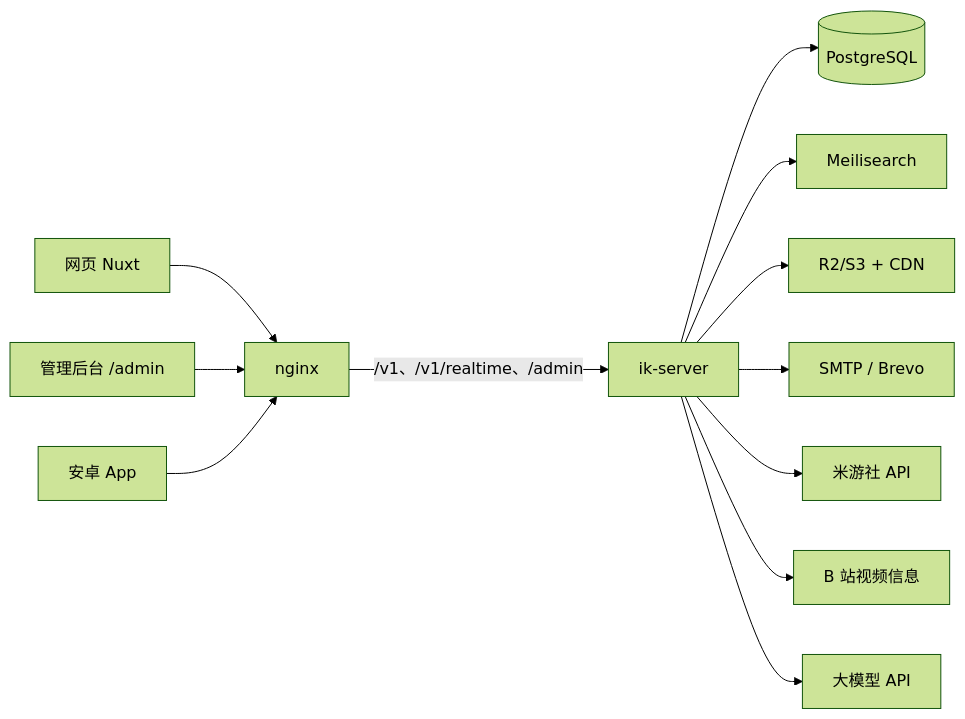
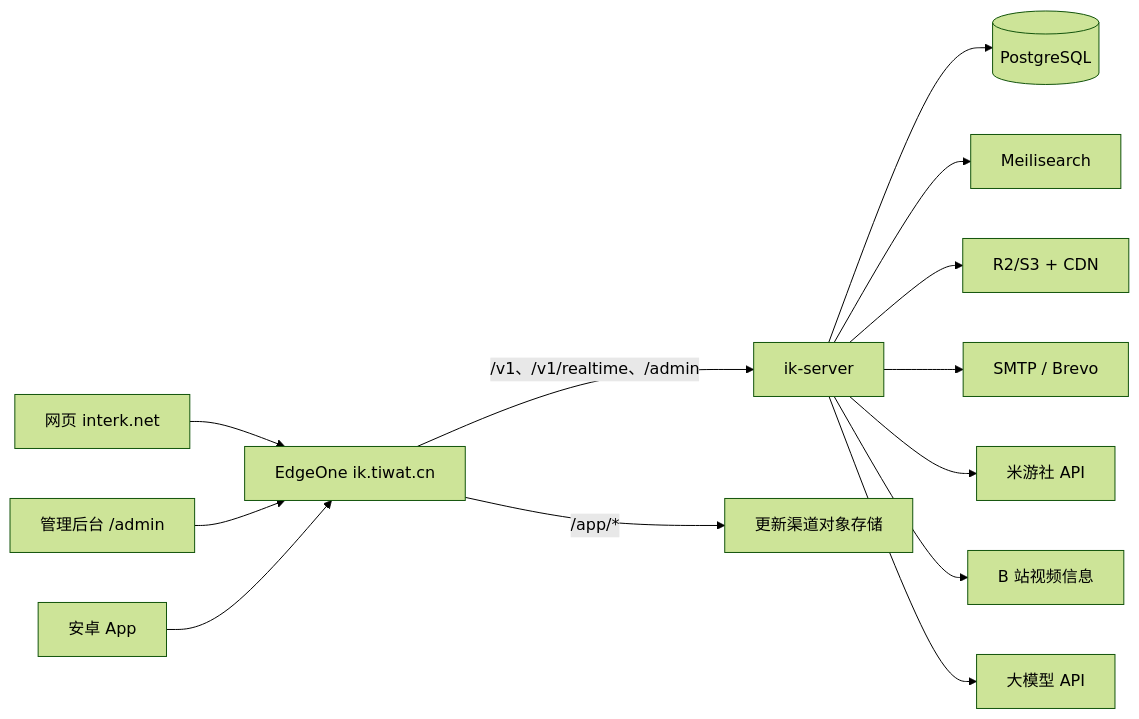
Before and after one commit to KawaYiLab/ikserver-rs: the diagram in docs/architecture.md, drawn with Mermaid (forest theme). The commit also changed other lines of this file and 16 other files, not shown here.

First line of the commit message:
docs(deploy): 按实际拓扑重写部署说明（EdgeOne 直接回源，无 nginx）

````diff
--- a/docs/architecture.md
+++ b/docs/architecture.md
@@ -9,14 +10,15 @@
 ```mermaid
 flowchart LR
-  web[网页 Nuxt] --> ng[nginx]
-  adm[管理后台 /admin] --> ng
-  app[安卓 App] --> ng
-  ng -->|/v1、/v1/realtime、/admin| srv[ik-server]
+  web[网页 interk.net] --> eo[EdgeOne ik.tiwat.cn]
+  adm[管理后台 /admin] --> eo
+  app[安卓 App] --> eo
+  eo -->|/v1、/v1/realtime、/admin| srv[ik-server]
+  eo -->|/app/*| upd[更新渠道对象存储]
   srv --> pg[(PostgreSQL)]
   srv --> ms[Meilisearch]
   srv --> s3[R2/S3 + CDN]
   srv --> mail[SMTP / Brevo]
   srv --> mhy[米游社 API]
   srv --> bili[B 站视频信息]
   srv --> llm[大模型 API]
 ```
````
